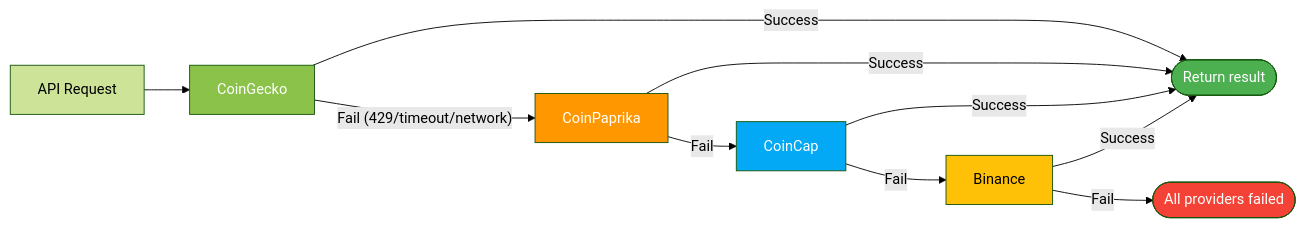
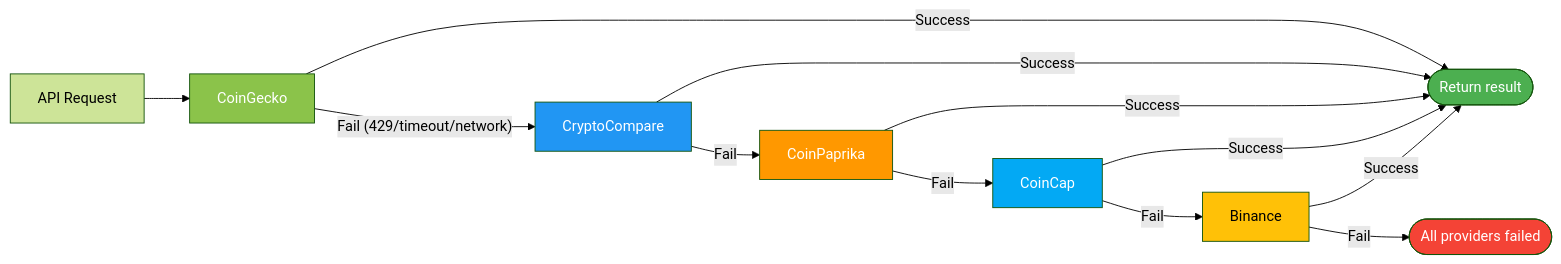
One commit to denysfedorov/denysfedorov changed the second of 2 diagrams in crypto-cli/README.md. Above: the diagram before and after it, drawn with Mermaid (forest theme). The commit also changed other lines of this file and 2 other files, not shown here.

First line of the commit message:
Add CryptoCompare as provider #2 in fallback chain

````diff
--- a/crypto-cli/README.md
+++ b/crypto-cli/README.md
@@ -366,19 +368,22 @@
 ```mermaid
 flowchart LR
     A[API Request] --> P1[CoinGecko]
     P1 -- Success --> R([Return result])
-    P1 -- "Fail (429/timeout/network)" --> P2[CoinPaprika]
+    P1 -- "Fail (429/timeout/network)" --> P2[CryptoCompare]
     P2 -- Success --> R
-    P2 -- Fail --> P3[CoinCap]
+    P2 -- Fail --> P3[CoinPaprika]
     P3 -- Success --> R
-    P3 -- Fail --> P4[Binance]
+    P3 -- Fail --> P4[CoinCap]
     P4 -- Success --> R
-    P4 -- Fail --> ERR([All providers failed])
+    P4 -- Fail --> P5[Binance]
+    P5 -- Success --> R
+    P5 -- Fail --> ERR([All providers failed])
 
     style P1 fill:#8BC34A,color:#fff
-    style P2 fill:#FF9800,color:#fff
-    style P3 fill:#03A9F4,color:#fff
-    style P4 fill:#FFC107,color:#000
+    style P2 fill:#2196F3,color:#fff
+    style P3 fill:#FF9800,color:#fff
+    style P4 fill:#03A9F4,color:#fff
+    style P5 fill:#FFC107,color:#000
     style R fill:#4CAF50,color:#fff
     style ERR fill:#f44336,color:#fff
 ```
````
